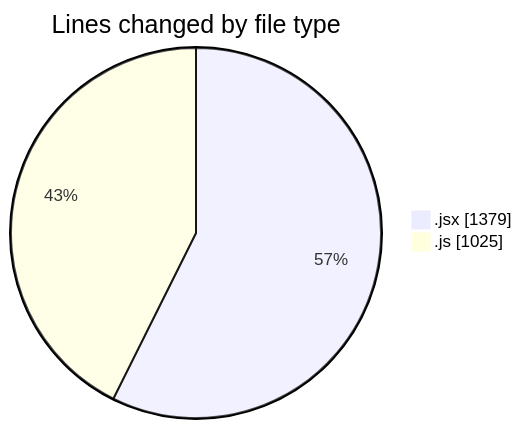
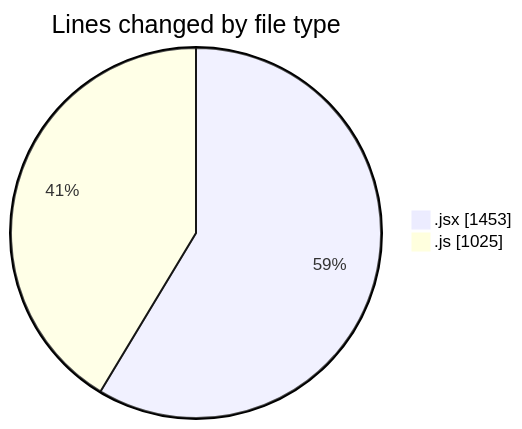
One commit to nxtqubesakshisongat/code-tracking changed the first of 2 diagrams in 2025-08-04/nxtqube_webapp/README.md. Above: the diagram before and after it, drawn with Mermaid. The commit also changed other lines of this file and 1 other file, not shown here.

````diff
--- a/2025-08-04/nxtqube_webapp/README.md
+++ b/2025-08-04/nxtqube_webapp/README.md
@@ -23,6 +24,6 @@
 ```mermaid
 pie showData
 title Lines changed by file type
-".jsx" : 1379
+".jsx" : 1453
 ".js" : 1025
 ```
````
